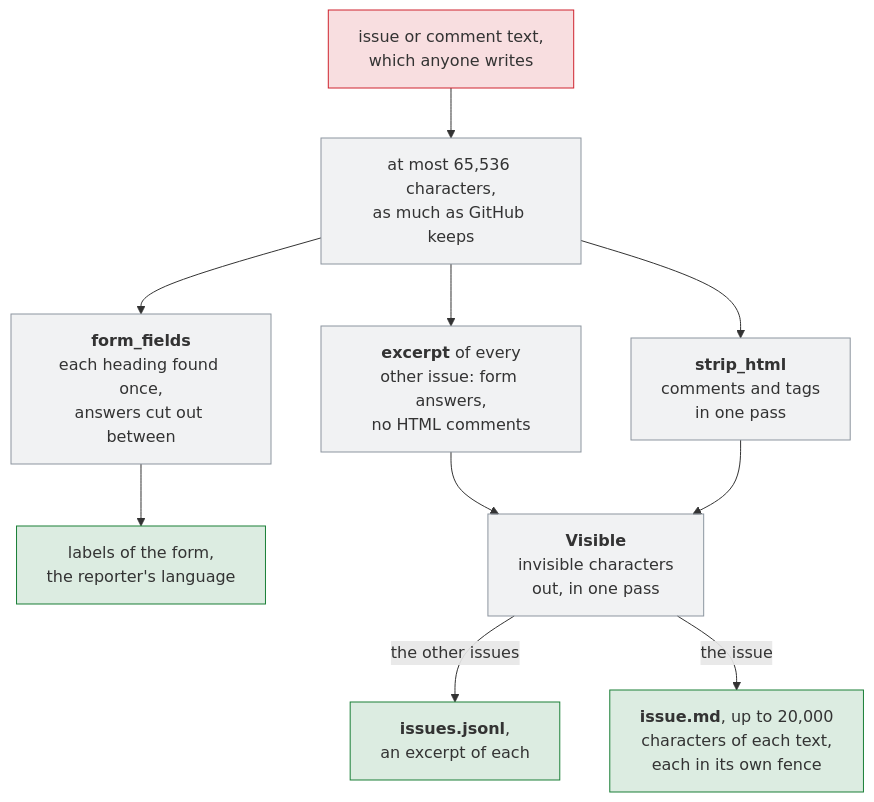
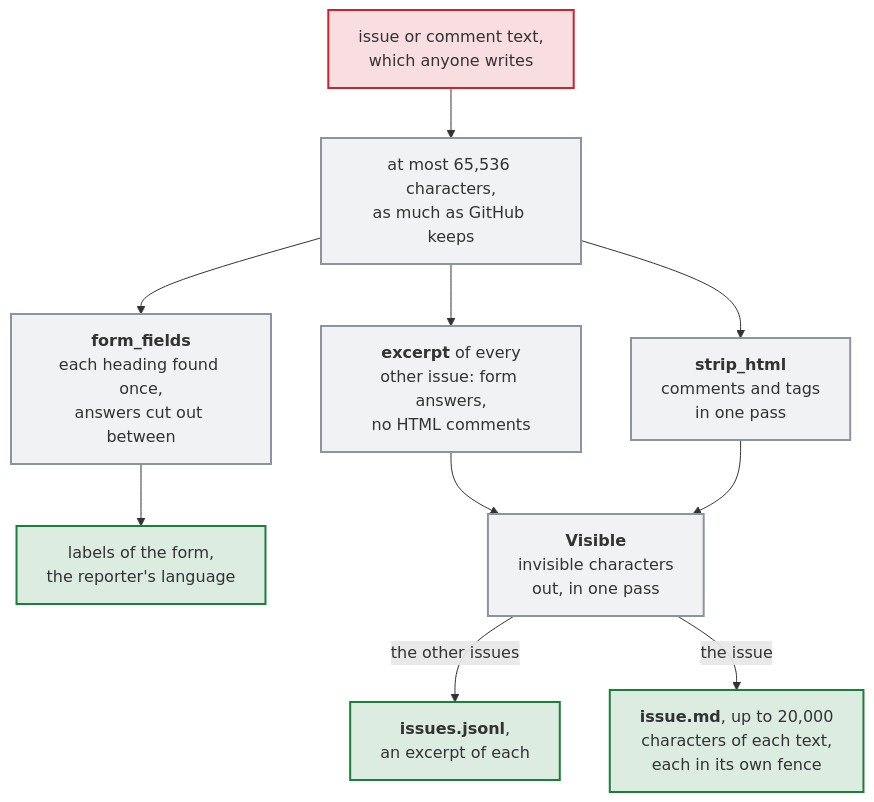
Before and after one commit to Dennis-Otto/issue-assistant: the seventh of 7 diagrams in docs/architecture.md, drawn with Mermaid. The commit also changed other lines of this file and 4 other files, not shown here.

First line of the commit message:
docs: accessible top-to-bottom diagrams, and three new ones (#82)

````diff
--- a/docs/architecture.md
+++ b/docs/architecture.md
@@ -245,20 +217,20 @@
 ```mermaid
 flowchart TB
   accTitle: How the assistant reads the text of an issue
   accDescr: The text of an issue or a comment, which anyone can write, is read up to GitHub's 65,536 characters. The answers of a form are cut out between their headings, which are found once; from them come the labels of the form and the reporter's language. For the AI, the answers of a form and HTML comments make an excerpt of each other issue, and HTML comments and tags go in one pass for issue.md. Then the characters that GitHub shows as nothing go, in one pass, after the HTML, so that none can end an HTML comment that GitHub never ends. The excerpts go into issues.jsonl, and issue.md holds up to 20,000 characters of each text in a code fence that the text can't close.
   text["issue or comment text,<br/>which anyone writes"] --> cap["at most 65,536 characters,<br/>as much as GitHub keeps"]
   cap --> forms["<b>form_fields</b><br/>each heading found once,<br/>answers cut out between"]
   forms --> event["labels of the form,<br/>the reporter's language"]
   cap --> excerpt["<b>excerpt</b> of every<br/>other issue: form answers,<br/>no HTML comments"]
   cap --> html["<b>strip_html</b><br/>comments and tags<br/>in one pass"]
   excerpt --> visible["<b>Visible</b><br/>invisible characters<br/>out, in one pass"]
   html --> visible
   visible -- "the other issues" --> jsonl["<b>issues.jsonl</b>,<br/>an excerpt of each"]
   visible -- "the issue" --> issue["<b>issue.md</b>, up to 20,000<br/>characters of each text,<br/>each in its own fence"]
-  classDef untrusted fill:#cf222e26,stroke:#cf222e
-  classDef job fill:#8c959f1f,stroke:#8c959f
-  classDef safe fill:#1a7f3726,stroke:#1a7f37
+  classDef untrusted fill:#cf222e26,stroke:#cf222e,stroke-width:2px
+  classDef job fill:#8c959f1f,stroke:#8c959f,stroke-width:2px
+  classDef safe fill:#1a7f3726,stroke:#1a7f37,stroke-width:2px
   class text untrusted
   class cap,forms,excerpt,html,visible job
   class event,jsonl,issue safe
 ```
````
